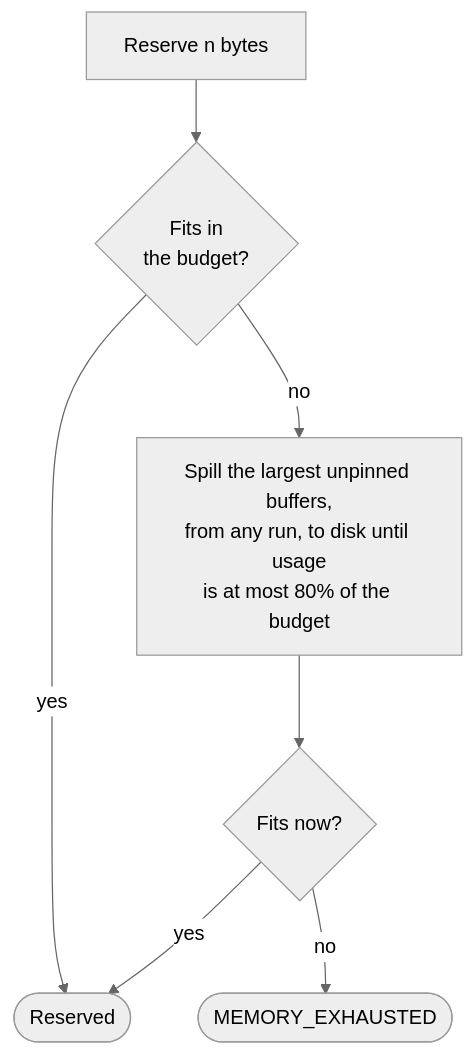
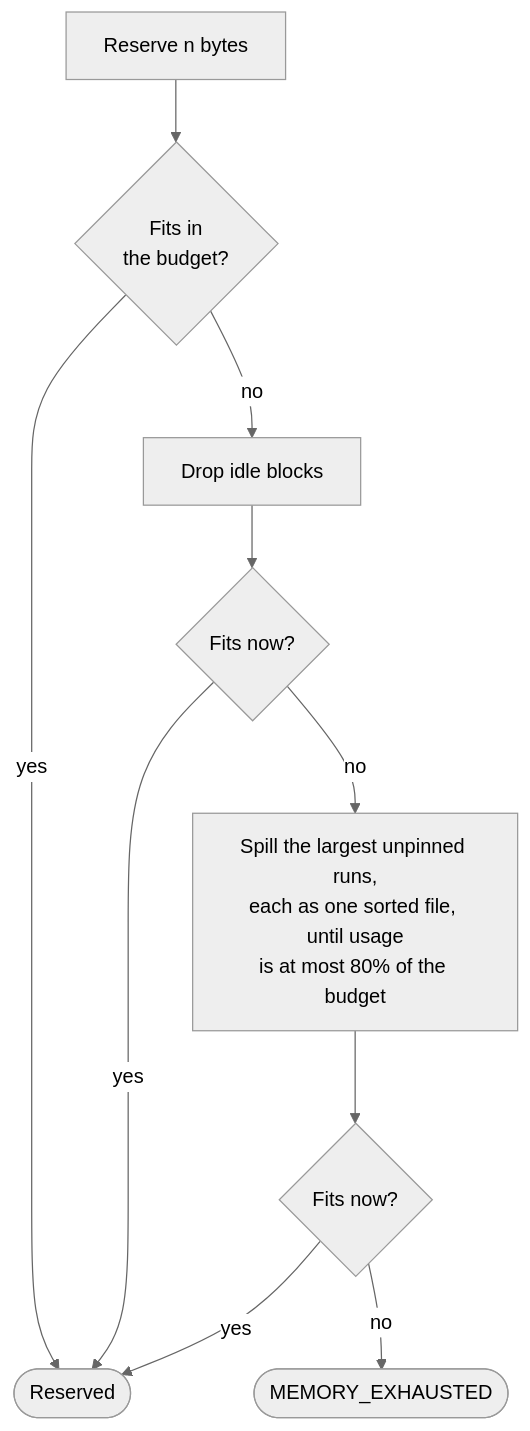
The fifth of 5 diagrams in README.md (Zaba505/reconciliar-sidecar-poc), drawn with Mermaid (neutral theme) before and after one commit. The commit also changed other lines of this file and 44 other files, not shown here.

````diff
--- a/README.md
+++ b/README.md
@@ -150,9 +161,11 @@
 ```mermaid
 flowchart TB
   R["Reserve n bytes"] --> F{"Fits in<br/>the budget?"}
   F -- yes --> OK(["Reserved"])
-  F -- no --> S["Spill the largest unpinned buffers,<br/>from any run, to disk until usage<br/>is at most 80% of the budget"]
+  F -- no --> D["Drop idle blocks"] --> F1{"Fits now?"}
+  F1 -- yes --> OK
+  F1 -- no --> S["Spill the largest unpinned runs,<br/>each as one sorted file, until usage<br/>is at most 80% of the budget"]
   S --> F2{"Fits now?"}
   F2 -- yes --> OK
   F2 -- no --> E(["MEMORY_EXHAUSTED"])
 ```
````
